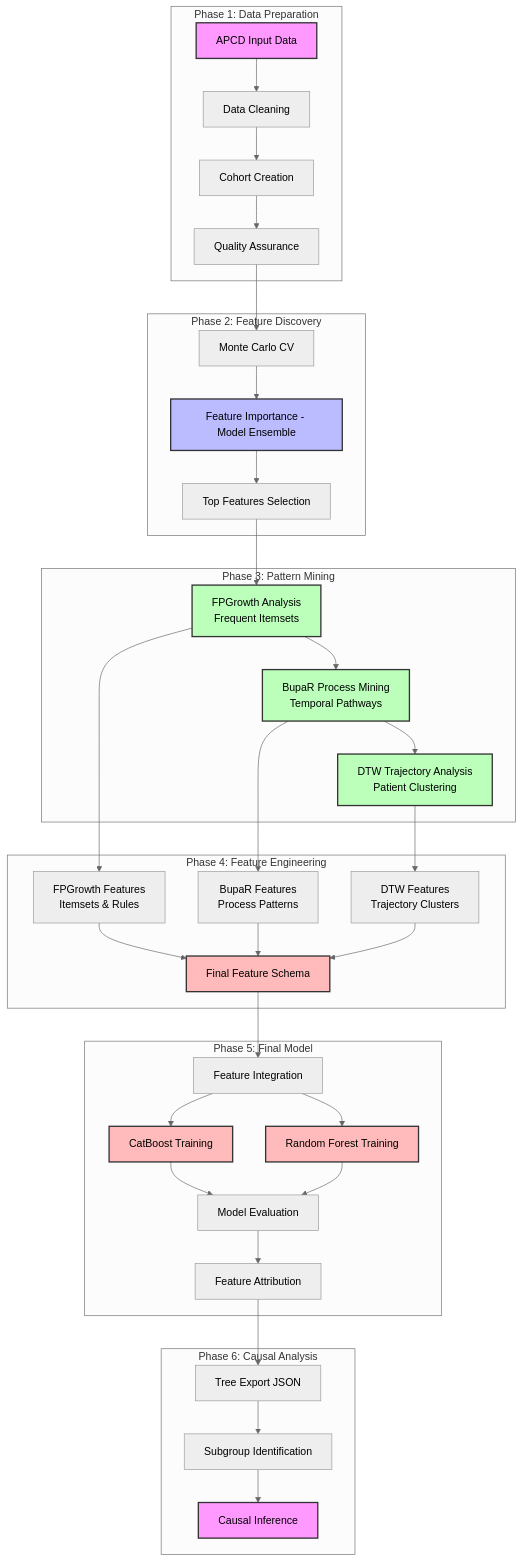
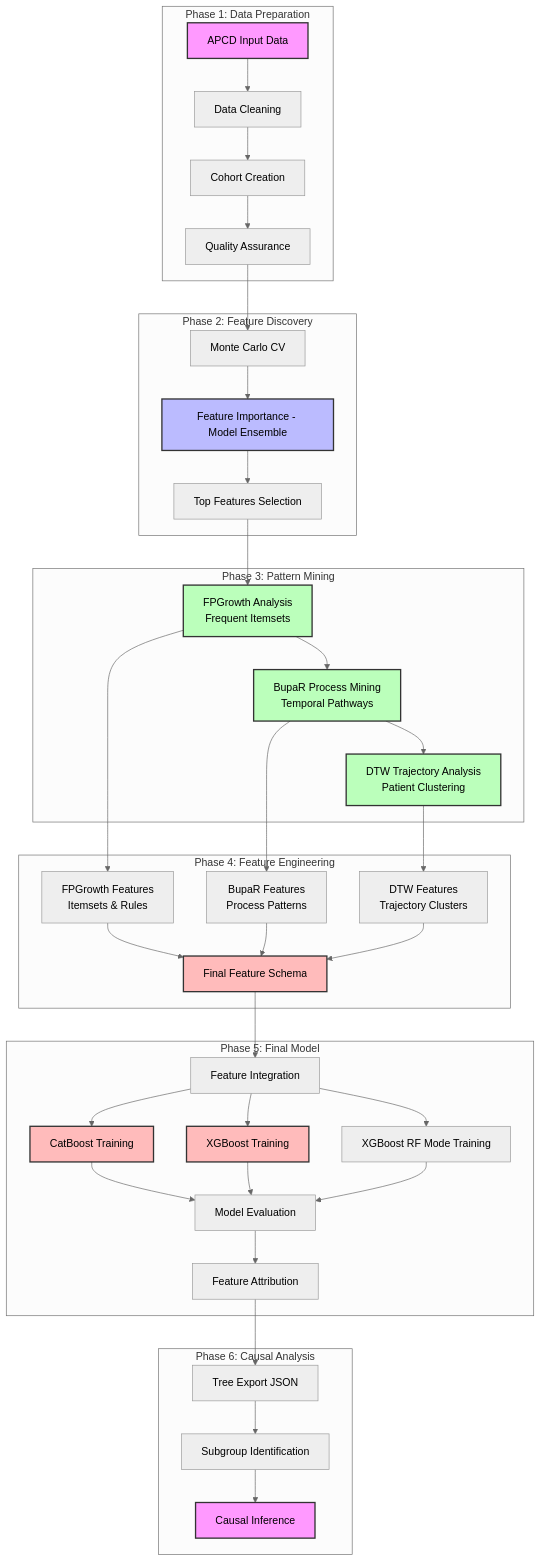
One commit to Jerome3590/pgx-analysis changed the diagram in README.md. Above: the diagram before and after it, drawn with Mermaid (neutral theme).

Commit message:
Update README workflow diagram for CatBoost + XGBoost + XGBoost RF final model

````diff
--- a/README.md
+++ b/README.md
@@ -42,54 +42,56 @@
 ```mermaid
 flowchart TD
     subgraph "Phase 1: Data Preparation"
         A1[APCD Input Data] --> A2[Data Cleaning]
         A2 --> A3[Cohort Creation]
         A3 --> A4[Quality Assurance]
     end
     
     subgraph "Phase 2: Feature Discovery"
         A4 --> B1[Monte Carlo CV]
         B1 --> B2[Feature Importance - Model Ensemble]
         B2 --> B3[Top Features Selection]
     end
     
     subgraph "Phase 3: Pattern Mining"
         B3 --> C1[FPGrowth Analysis<br/>Frequent Itemsets]
         C1 --> C2[BupaR Process Mining<br/>Temporal Pathways]
         C2 --> C3[DTW Trajectory Analysis<br/>Patient Clustering]
     end
     
     subgraph "Phase 4: Feature Engineering"
         C1 --> D1[FPGrowth Features<br/>Itemsets & Rules]
         C2 --> D2[BupaR Features<br/>Process Patterns]
         C3 --> D3[DTW Features<br/>Trajectory Clusters]
         D1 --> D4[Final Feature Schema]
         D2 --> D4
         D3 --> D4
     end
     
     subgraph "Phase 5: Final Model"
         D4 --> E1[Feature Integration]
         E1 --> E2[CatBoost Training]
-        E1 --> E3[Random Forest Training]
+        E1 --> E3[XGBoost Training]
+        E1 --> E6[XGBoost RF Mode Training]
         E2 --> E4[Model Evaluation]
         E3 --> E4
+        E6 --> E4
         E4 --> E5[Feature Attribution]
     end
     
     subgraph "Phase 6: Causal Analysis"
         E5 --> F1[Tree Export JSON]
         F1 --> F2[Subgroup Identification]
         F2 --> F3[Causal Inference]
     end
     
     style A1 fill:#f9f,stroke:#333,stroke-width:2px
     style B2 fill:#bbf,stroke:#333,stroke-width:2px
     style C1 fill:#bfb,stroke:#333,stroke-width:2px
     style C2 fill:#bfb,stroke:#333,stroke-width:2px
     style C3 fill:#bfb,stroke:#333,stroke-width:2px
     style D4 fill:#fbb,stroke:#333,stroke-width:2px
     style E2 fill:#fbb,stroke:#333,stroke-width:2px
     style E3 fill:#fbb,stroke:#333,stroke-width:2px
     style F3 fill:#f9f,stroke:#333,stroke-width:2px
 ```
````
